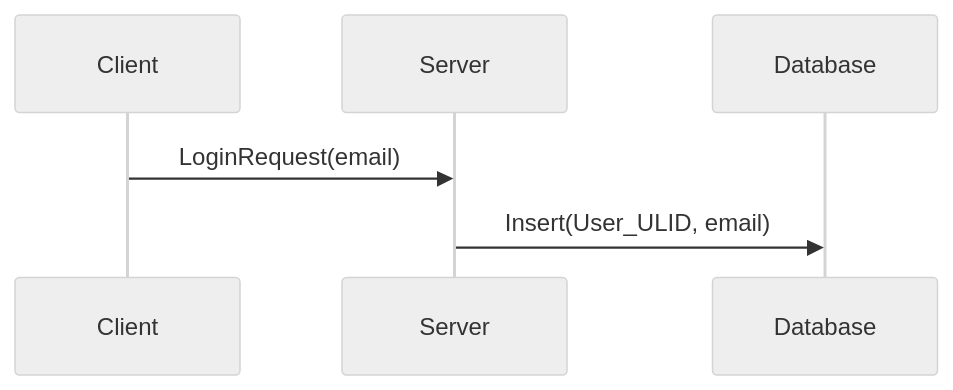
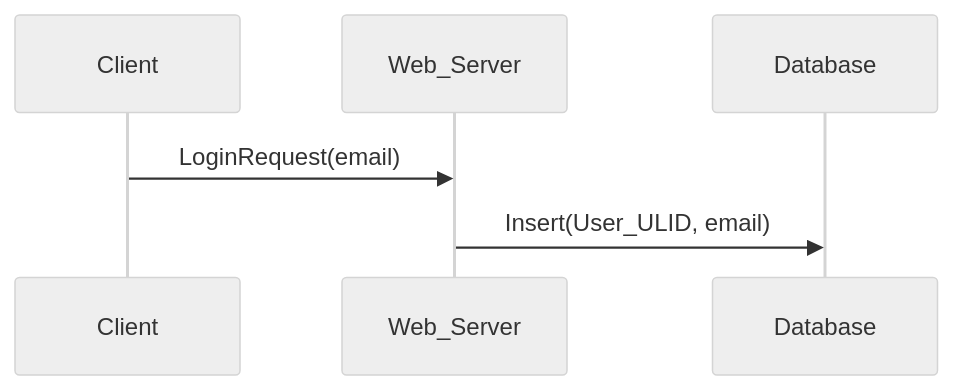
Before and after one commit to adimian/kova: the first of 8 diagrams in kova/authentication/docs.md, drawn with Mermaid (neutral theme). The commit also changed other lines of this file, not shown here.

````diff
--- a/kova/authentication/docs.md
+++ b/kova/authentication/docs.md
@@ -4,5 +4,5 @@
 ```mermaid
 sequenceDiagram
-    Client ->> Server: LoginRequest(email)
-    Server ->> Database: Insert(User_ULID, email)
+    Client ->> Web_Server: LoginRequest(email)
+    Web_Server ->> Database: Insert(User_ULID, email)
 ```
````
